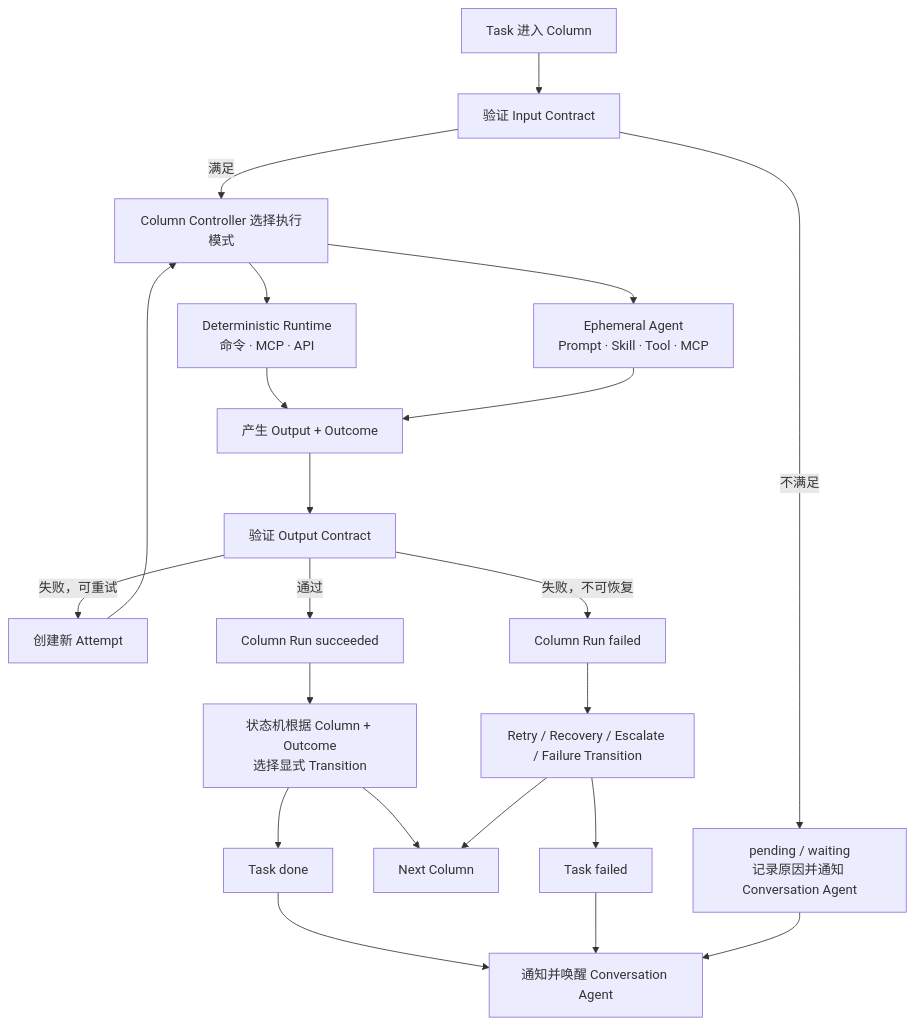
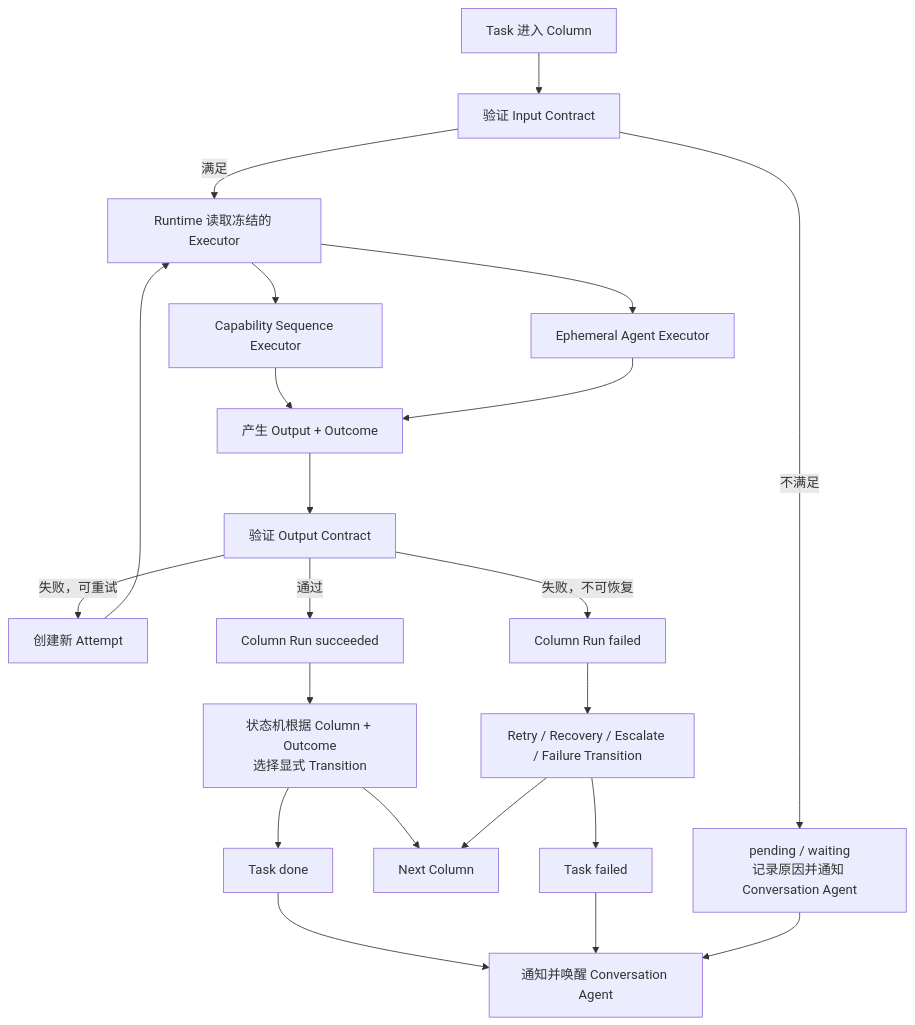
The diagram in DevWerk/docs/kanban-workflow-design-v1.md (zanghongtu2006/DevWerk), drawn with Mermaid before and after one commit. The commit also changed other lines of this file and 2 other files, not shown here.

Commit message:
docs: unify DevWerk v1 architecture contracts

````diff
--- a/DevWerk/docs/kanban-workflow-design-v1.md
+++ b/DevWerk/docs/kanban-workflow-design-v1.md
@@ -478,32 +449,32 @@
 ```mermaid
 flowchart TD
     E["Task 进入 Column"] --> I["验证 Input Contract"]
 
     I -->|不满足| W["pending / waiting<br/>记录原因并通知 Conversation Agent"]
-    I -->|满足| D["Column Controller 选择执行模式"]
+    I -->|满足| D["Runtime 读取冻结的 Executor"]
 
-    D --> R["Deterministic Runtime<br/>命令 · MCP · API"]
-    D --> A["Ephemeral Agent<br/>Prompt · Skill · Tool · MCP"]
+    D --> R["Capability Sequence Executor"]
+    D --> A["Ephemeral Agent Executor"]
 
     R --> O["产生 Output + Outcome"]
     A --> O
 
     O --> V["验证 Output Contract"]
     V -->|失败，可重试| RT["创建新 Attempt"]
     RT --> D
 
     V -->|失败，不可恢复| F["Column Run failed"]
     V -->|通过| S["Column Run succeeded"]
 
     S --> SM["状态机根据 Column + Outcome<br/>选择显式 Transition"]
     F --> FP["Retry / Recovery / Escalate / Failure Transition"]
 
     SM --> N["Next Column"]
     SM --> TD["Task done"]
     FP --> N
     FP --> TF["Task failed"]
 
     TD --> CA["通知并唤醒 Conversation Agent"]
     TF --> CA
     W --> CA
 ```
````
